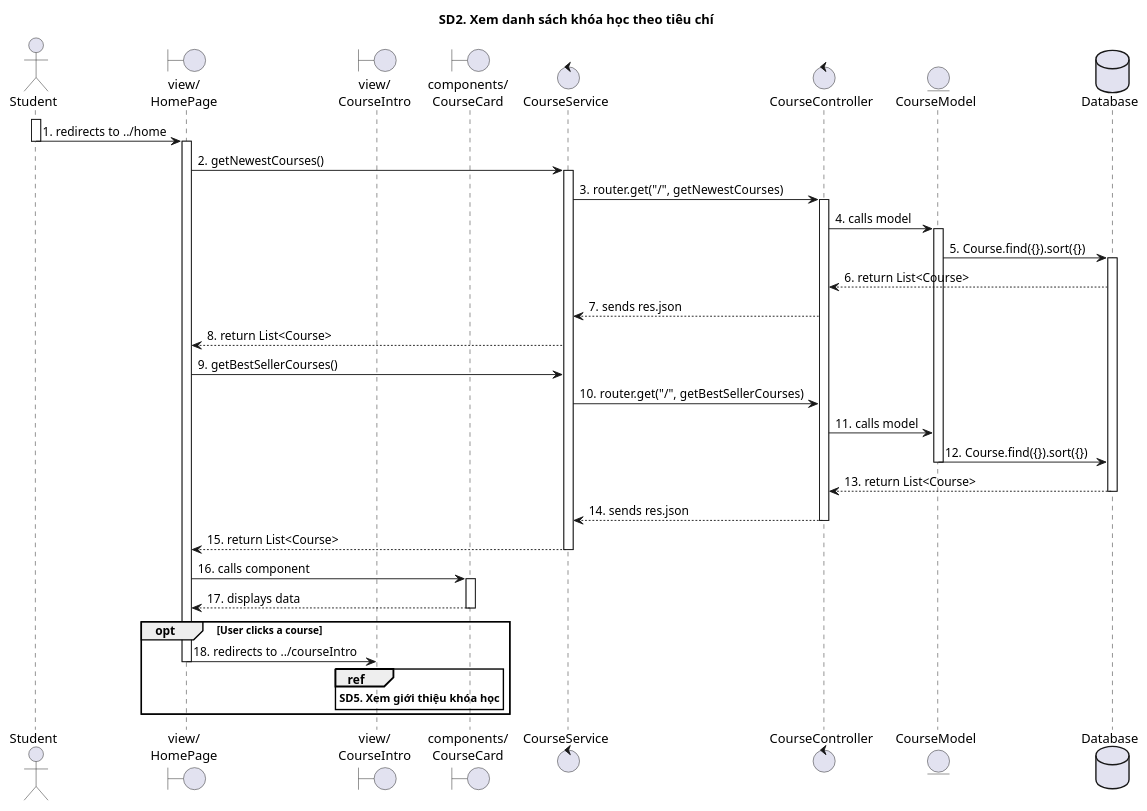
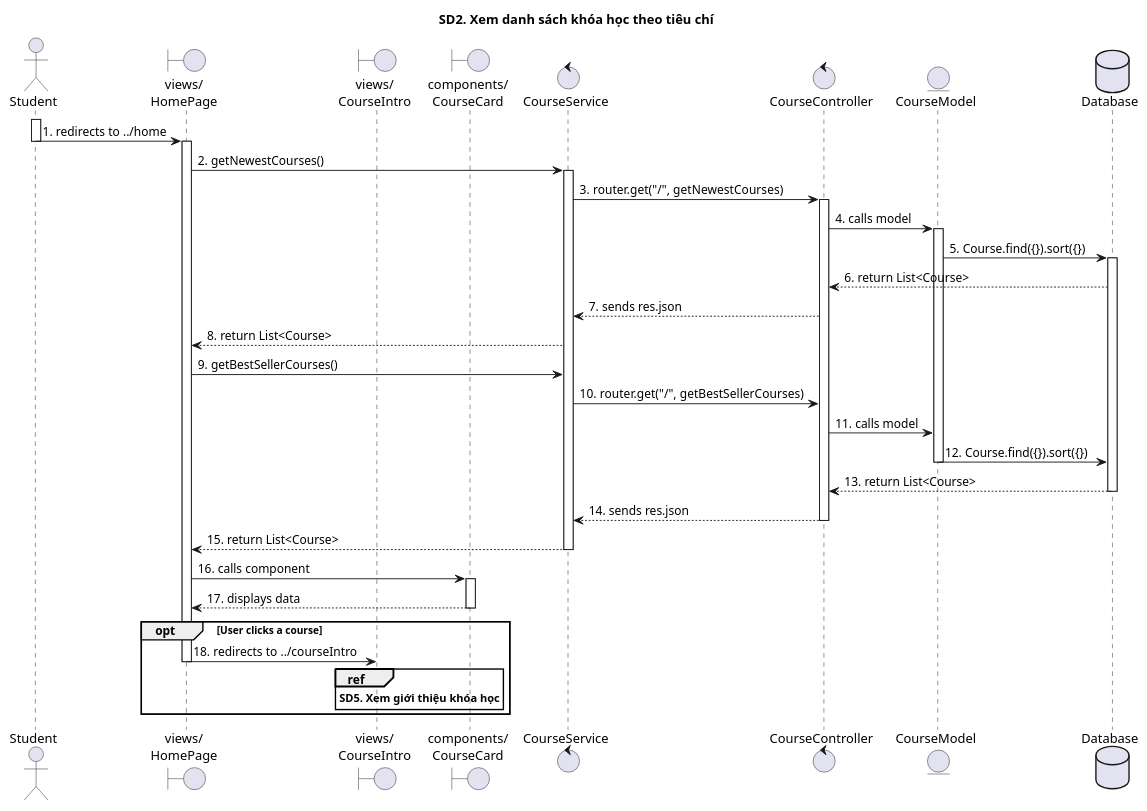
Before and after one commit to The-Cookies-Team/UML-Diagrams: the diagram in SequenceDiagrams/sd2.puml, drawn with PlantUML. The commit also changed 5 other files, not shown here.

```diff
--- a/SequenceDiagrams/sd2.puml
+++ b/SequenceDiagrams/sd2.puml
@@ -1,54 +1,54 @@
 @startuml
 
 title SD2. Xem danh sách khóa học theo tiêu chí
 
 actor "Student"
-boundary "view/\nHomePage" as HomePage
-boundary "view/\nCourseIntro" as CourseIntro
+boundary "views/\nHomePage" as HomePage
+boundary "views/\nCourseIntro" as CourseIntro
 boundary "components/\nCourseCard" as CourseCard
 control "CourseService"
 control "CourseController"
 entity "CourseModel"
 database "Database"
 
 activate Student
 Student -> HomePage: 1. redirects to ../home
 deactivate Student
 activate HomePage
 HomePage -> CourseService: 2. getNewestCourses()
 activate CourseService
 CourseService -> CourseController: 3. router.get("/", getNewestCourses)
 activate CourseController
 CourseController -> CourseModel: 4. calls model
 activate CourseModel
 CourseModel -> Database: 5. Course.find({}).sort({})
 activate Database
 Database --> CourseController: 6. return List<Course>
 CourseController --> CourseService: 7. sends res.json
 CourseService --> HomePage: 8. return List<Course>
 HomePage -> CourseService: 9. getBestSellerCourses()
 CourseService -> CourseController: 10. router.get("/", getBestSellerCourses)
 CourseController -> CourseModel: 11. calls model
 CourseModel -> Database: 12. Course.find({}).sort({})
 deactivate CourseModel
 Database --> CourseController: 13. return List<Course>
 deactivate Database
 CourseController --> CourseService: 14. sends res.json
 deactivate CourseController
 CourseService --> HomePage: 15. return List<Course>
 deactivate CourseService
 HomePage -> CourseCard: 16. calls component
 activate CourseCard
 CourseCard --> HomePage: 17. displays data
 deactivate CourseCard
 
 opt User clicks a course
 HomePage -> CourseIntro: 18. redirects to ../courseIntro
 deactivate HomePage
 ref over CourseIntro
 **SD5. Xem giới thiệu khóa học**
 end ref
 end group
 
 
 @enduml
```
